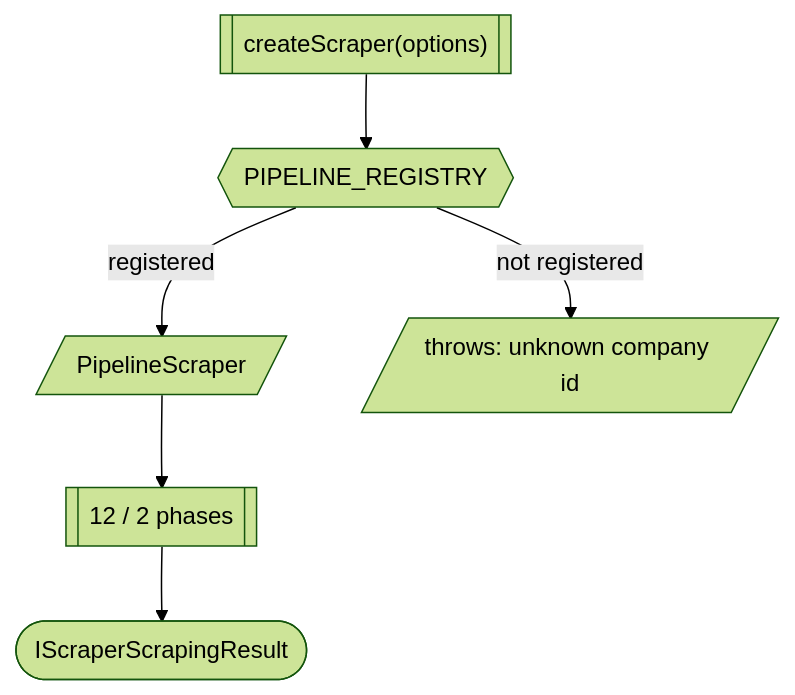
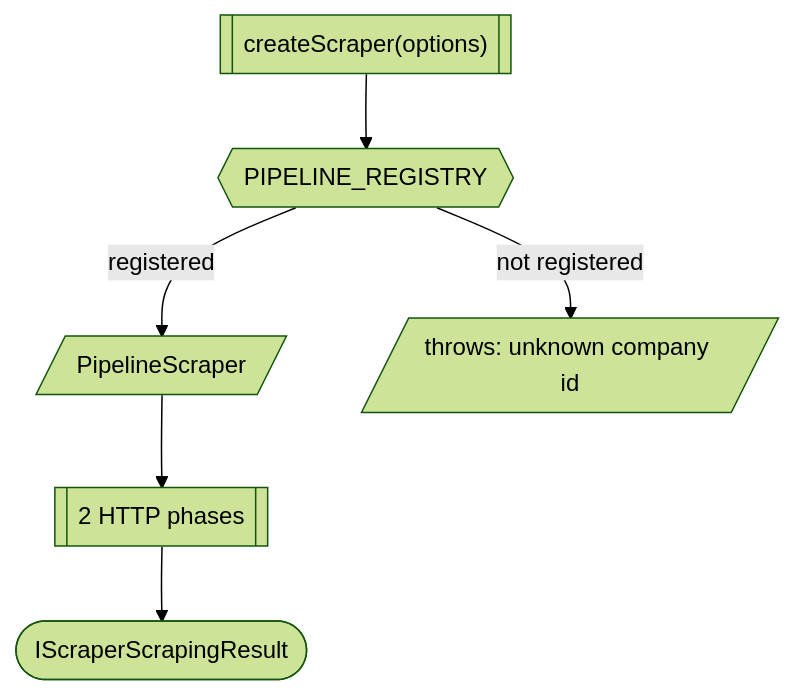
Before and after one commit to sergienko4/israeli-bank-scrapers: the diagram in docs/architecture/index.md, drawn with Mermaid (forest theme). The commit also changed other lines of this file and 60 other files, not shown here.

````diff
--- a/docs/architecture/index.md
+++ b/docs/architecture/index.md
@@ -22,9 +20,9 @@
 ```mermaid
 flowchart TB
     USER[["createScraper(options)"]]
     REG{{"PIPELINE_REGISTRY"}}
     USER --> REG
     REG -->|registered| PIPE[/"PipelineScraper"/]
     REG -->|not registered| ERR[/"throws: unknown company id"/]
-    PIPE --> CHAIN[["12 / 2 phases"]] --> RESULT(["IScraperScrapingResult"])
+    PIPE --> CHAIN[["2 HTTP phases"]] --> RESULT(["IScraperScrapingResult"])
 ```
````
